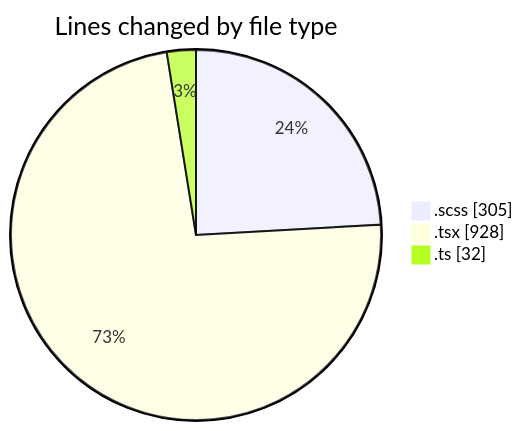
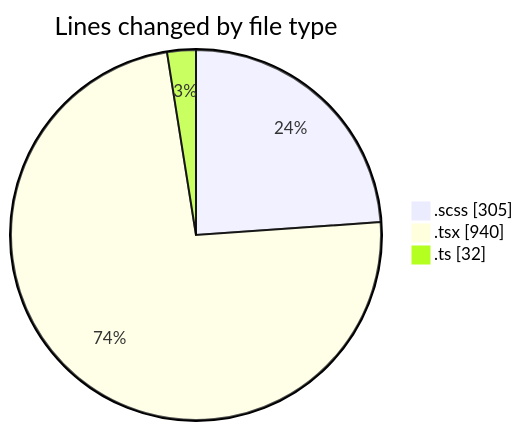
One commit to momahboobian/code-tracking changed the first of 2 diagrams in 2025-03-04/cda/README.md. Above: the diagram before and after it, drawn with Mermaid. The commit also changed other lines of this file and 1 other file, not shown here.

````diff
--- a/2025-03-04/cda/README.md
+++ b/2025-03-04/cda/README.md
@@ -25,7 +25,7 @@
 ```mermaid
 pie showData
 title Lines changed by file type
 ".scss" : 305
-".tsx" : 928
+".tsx" : 940
 ".ts" : 32
 ```
````
